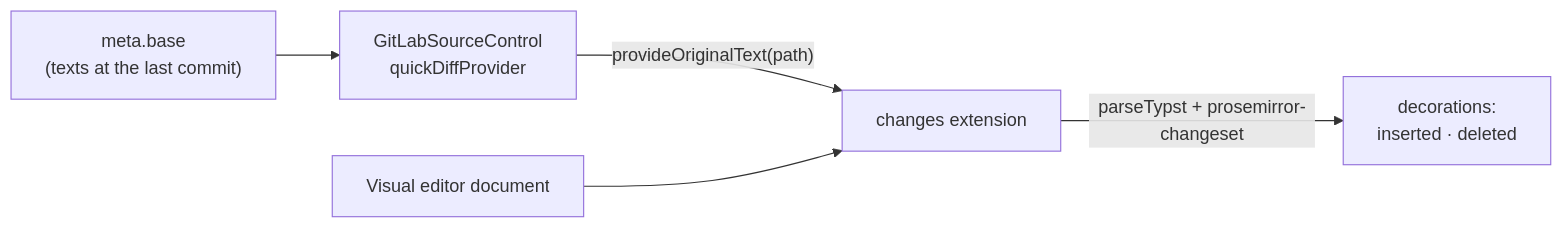
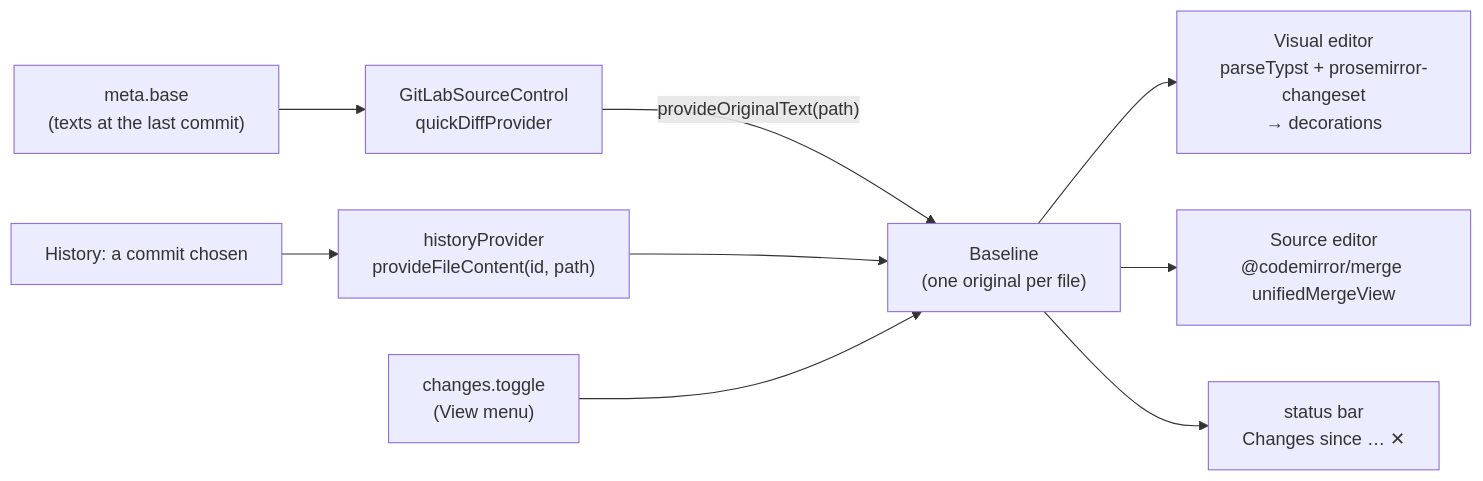
Before and after one commit to sandstorm/zwiebelfisch: the diagram in docs/diagrams/quick-diff.mmd, drawn with Mermaid. The commit also changed 16 other files, not shown here.

First line of the commit message:
Changes: one concept, "Show changes since …", inline in the Visual and the Source editor

```diff
--- a/docs/diagrams/quick-diff.mmd
+++ b/docs/diagrams/quick-diff.mmd
@@ -1,5 +1,9 @@
 flowchart LR
   B["meta.base<br/>(texts at the last commit)"] --> Q["GitLabSourceControl<br/>quickDiffProvider"]
-  Q -- "provideOriginalText(path)" --> C["changes extension"]
-  D["Visual editor document"] --> C
-  C -- "parseTypst + prosemirror-changeset" --> R["decorations:<br/>inserted · deleted"]
+  H["History: a commit chosen"] --> P["historyProvider<br/>provideFileContent(id, path)"]
+  Q -- "provideOriginalText(path)" --> BL["Baseline<br/>(one original per file)"]
+  P --> BL
+  T["changes.toggle<br/>(View menu)"] --> BL
+  BL --> V["Visual editor<br/>parseTypst + prosemirror-changeset<br/>→ decorations"]
+  BL --> S["Source editor<br/>@codemirror/merge unifiedMergeView"]
+  BL --> ST["status bar<br/>Changes since … ✕"]
```
